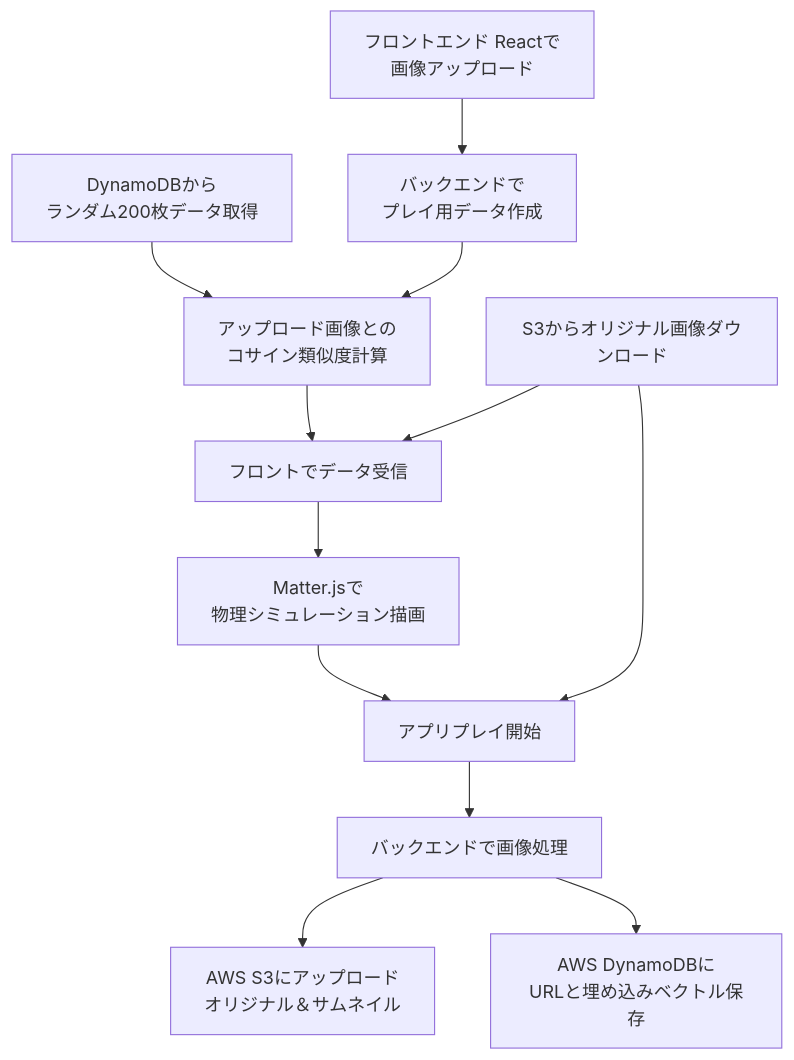
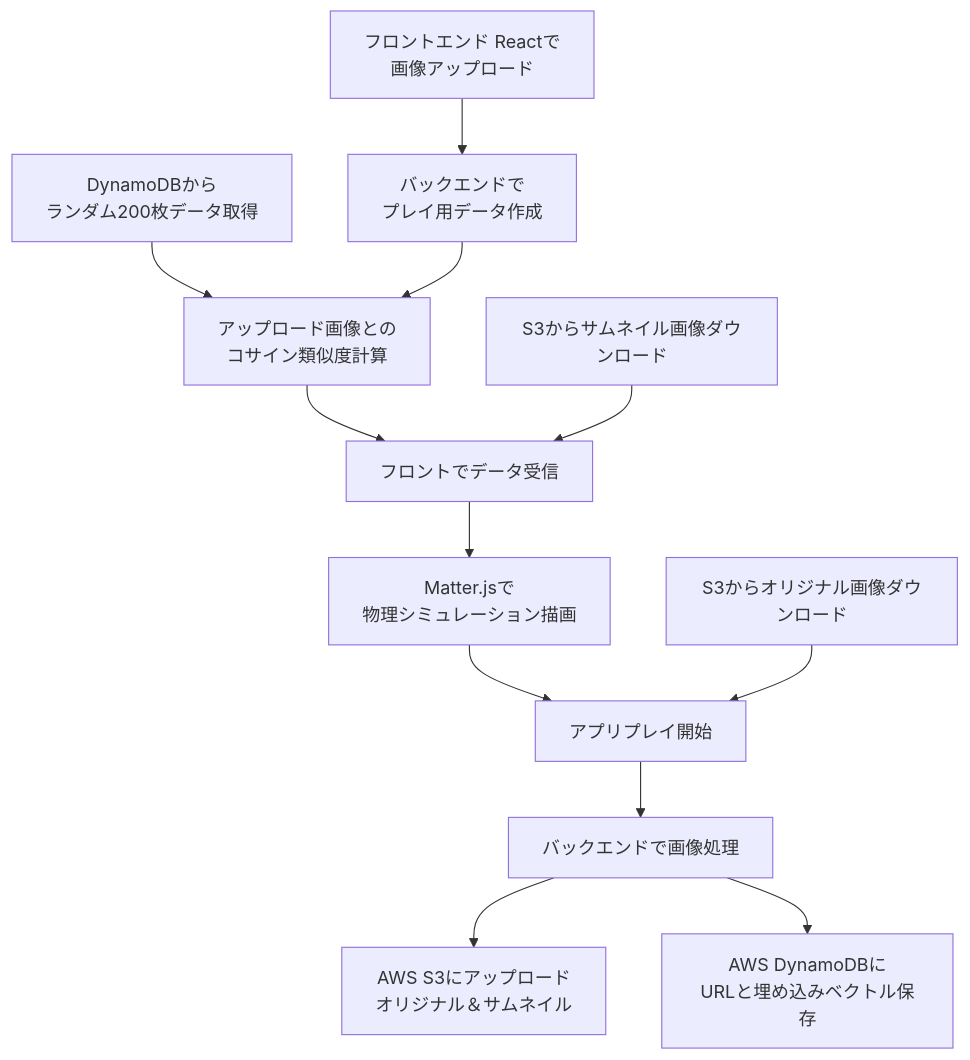
Before and after one commit to tukaharu2/portfolio: the second of 2 diagrams in similar_image_project/README.md, drawn with Mermaid.

````diff
--- a/similar_image_project/README.md
+++ b/similar_image_project/README.md
@@ -44,14 +44,14 @@
 ```mermaid
 flowchart TD
     F[フロントエンド Reactで<br>画像アップロード] --> G[バックエンドで<br>プレイ用データ作成]
     H[DynamoDBから<br>ランダム200枚データ取得] --> I
     G --> I[アップロード画像との<br>コサイン類似度計算]
     I --> J[フロントでデータ受信]
     K[S3からサムネイル画像ダウンロード]　--> J
     J --> L[Matter.jsで<br>物理シミュレーション描画]
     L --> M[アプリプレイ開始]
-    K[S3からオリジナル画像ダウンロード] --> M
+    Q[S3からオリジナル画像ダウンロード] --> M
     M --> N[バックエンドで画像処理]
     N --> O[AWS S3にアップロード<br>オリジナル＆サムネイル]
     N --> P[AWS DynamoDBに<br>URLと埋め込みベクトル保存]
 ```
````
